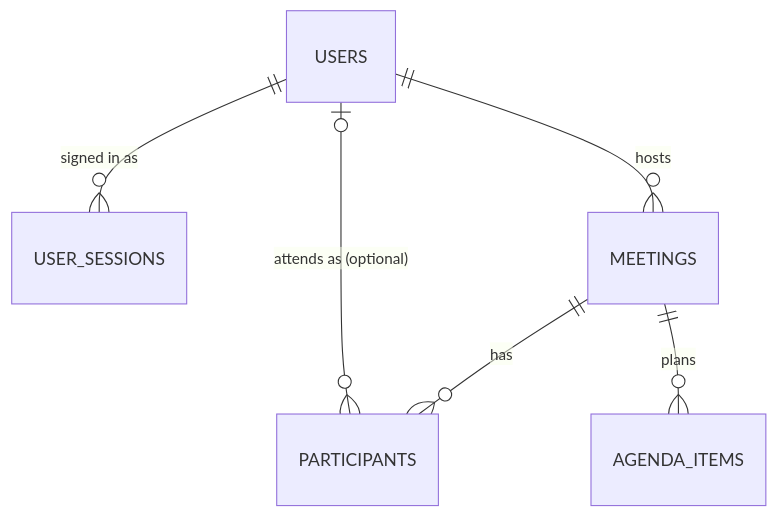
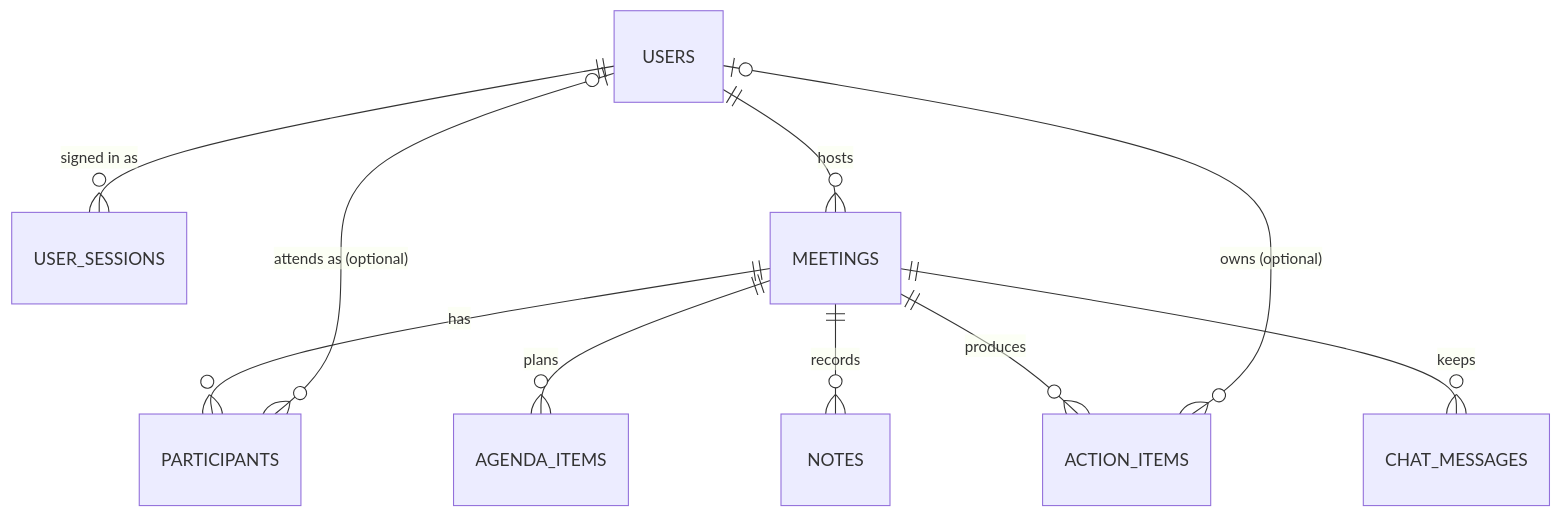
One commit to jpriyansh2005/Huddle-Flow changed the diagram in README.md. Above: the diagram before and after it, drawn with Mermaid. The commit also changed other lines of this file and 32 other files, not shown here.

First line of the commit message:
feat: shared notes, action items and saved chat

````diff
--- a/README.md
+++ b/README.md
@@ -251,8 +260,12 @@
 ```mermaid
 erDiagram
     USERS ||--o{ USER_SESSIONS : "signed in as"
     USERS ||--o{ MEETINGS : hosts
     MEETINGS ||--o{ PARTICIPANTS : has
     MEETINGS ||--o{ AGENDA_ITEMS : plans
+    MEETINGS ||--o{ NOTES : records
+    MEETINGS ||--o{ ACTION_ITEMS : produces
+    MEETINGS ||--o{ CHAT_MESSAGES : keeps
     USERS |o--o{ PARTICIPANTS : "attends as (optional)"
+    USERS |o--o{ ACTION_ITEMS : "owns (optional)"
 ```
````
